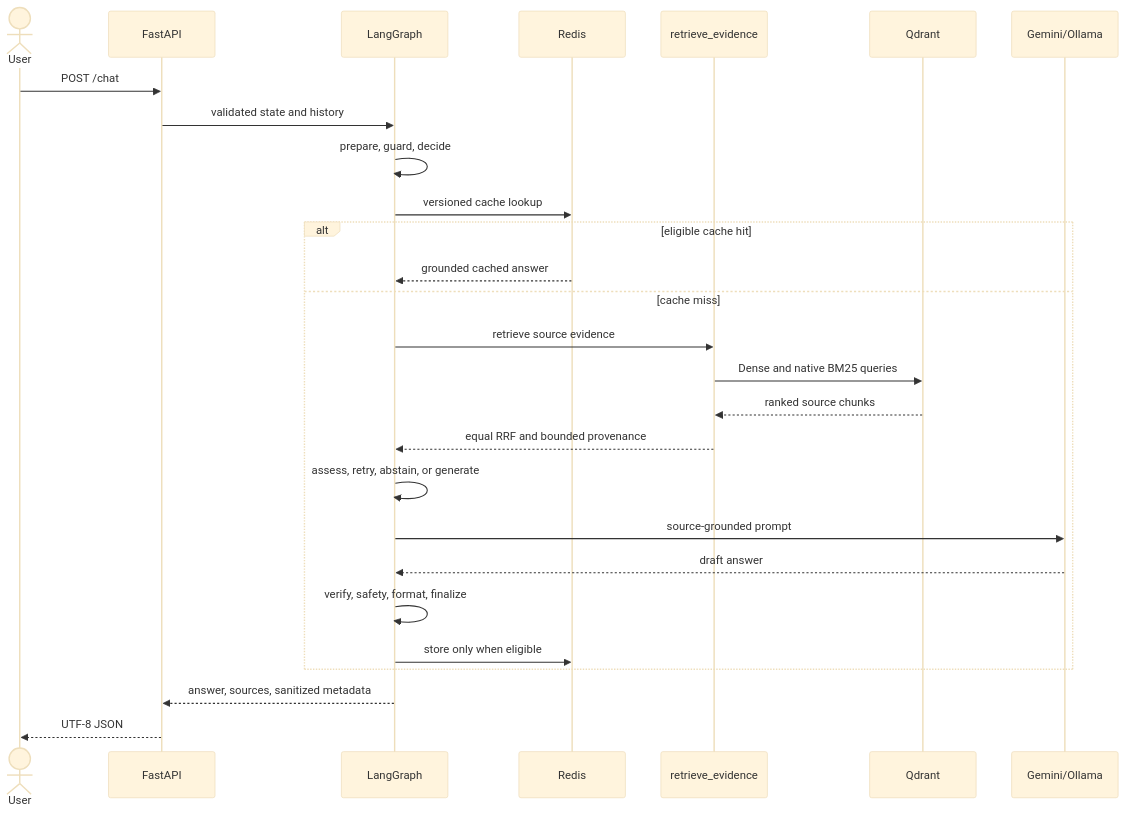
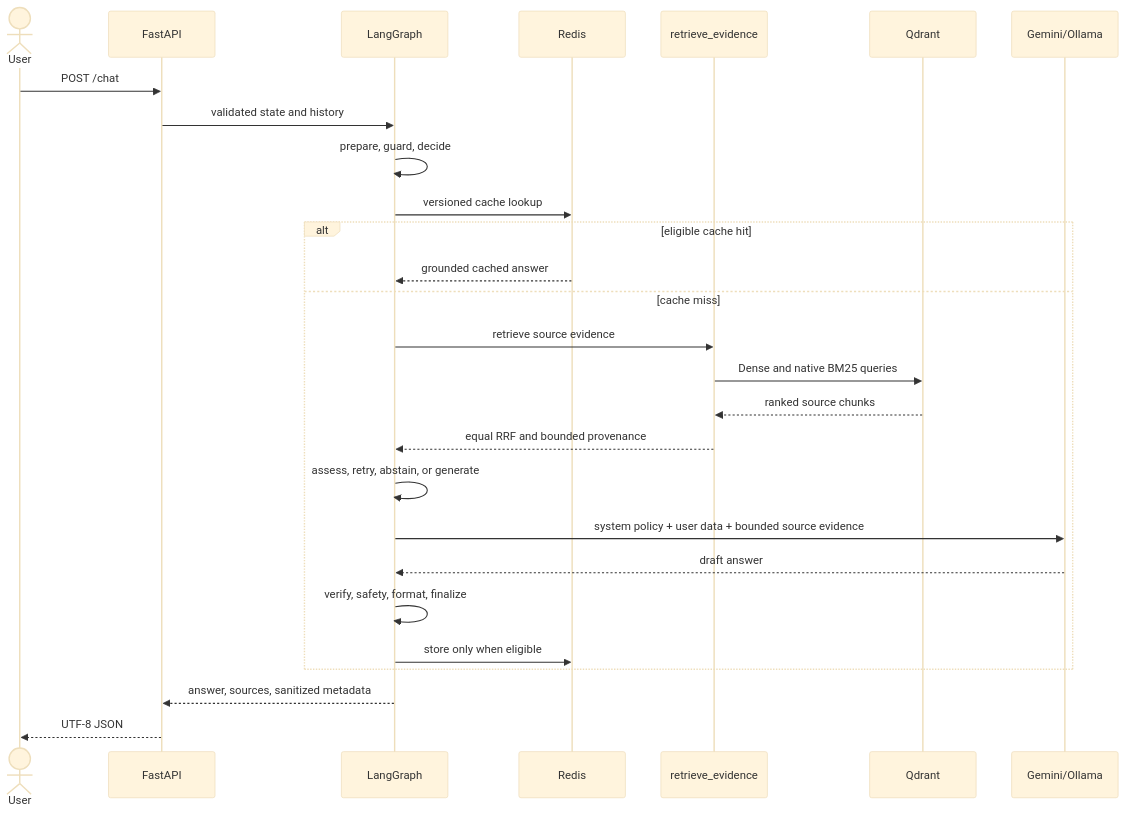
One commit to MinhHoang1403/Acne_Advisor_AI changed the diagram in docs/AGENT_WORKFLOW.md. Above: the diagram before and after it, drawn with Mermaid (base theme). The commit also changed other lines of this file and 69 other files, not shown here.

Commit message:
S4E: restore evidence-grounded runtime and simplify finalization

````diff
--- a/docs/AGENT_WORKFLOW.md
+++ b/docs/AGENT_WORKFLOW.md
@@ -31,30 +33,30 @@
 ```mermaid
 sequenceDiagram
     actor User
     participant API as FastAPI
     participant Agent as LangGraph
     participant Cache as Redis
     participant Tool as retrieve_evidence
     participant Qdrant
     participant LLM as Gemini/Ollama
 
     User->>API: POST /chat
     API->>Agent: validated state and history
     Agent->>Agent: prepare, guard, decide
     Agent->>Cache: versioned cache lookup
     alt eligible cache hit
         Cache-->>Agent: grounded cached answer
     else cache miss
         Agent->>Tool: retrieve source evidence
         Tool->>Qdrant: Dense and native BM25 queries
         Qdrant-->>Tool: ranked source chunks
         Tool-->>Agent: equal RRF and bounded provenance
         Agent->>Agent: assess, retry, abstain, or generate
-        Agent->>LLM: source-grounded prompt
+        Agent->>LLM: system policy + user data + bounded source evidence
         LLM-->>Agent: draft answer
         Agent->>Agent: verify, safety, format, finalize
         Agent->>Cache: store only when eligible
     end
     Agent-->>API: answer, sources, sanitized metadata
     API-->>User: UTF-8 JSON
 ```
````
